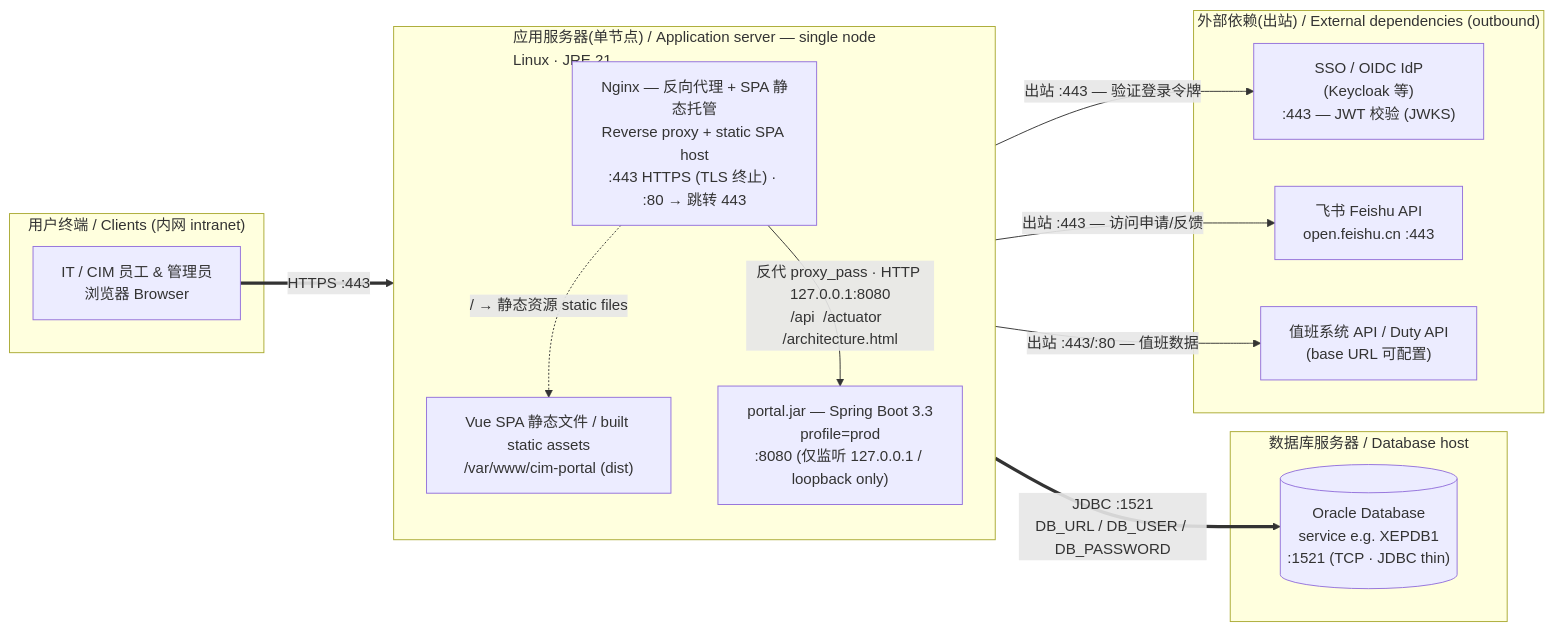
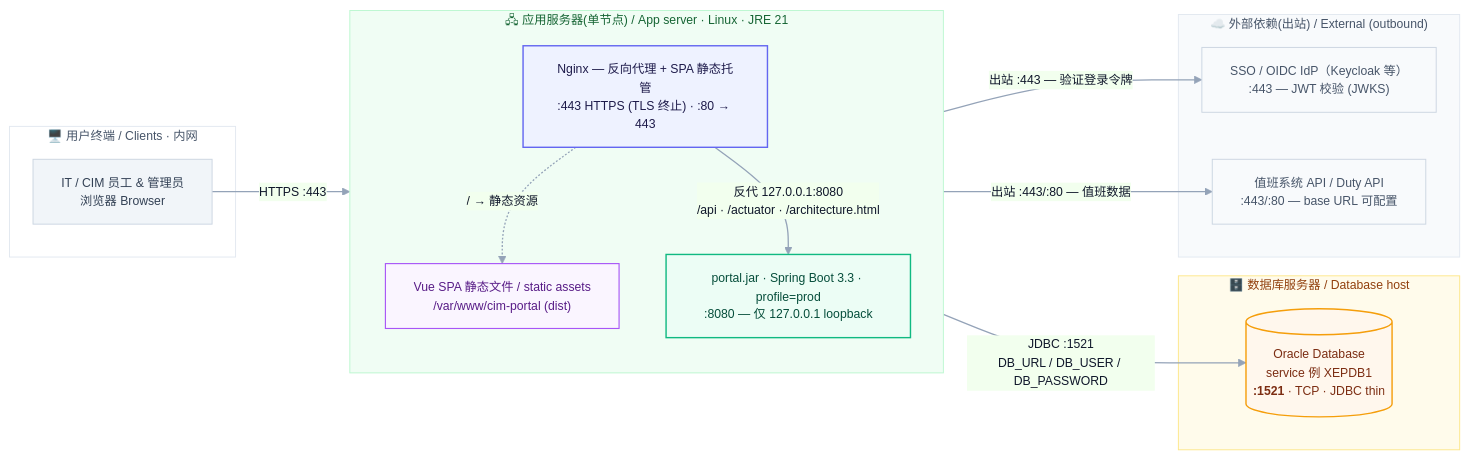
Before and after one commit to shaneworld/Cim-Portal-Server: the diagram in docs/deployment/cim-portal-deployment.md, drawn with Mermaid. The commit also changed other lines of this file and 3 other files, not shown here.

First line of the commit message:
docs(deploy): 部署图同步移除飞书外部依赖 + 现代化配色样式;迁移版本 V19→V20

````diff
--- a/docs/deployment/cim-portal-deployment.md
+++ b/docs/deployment/cim-portal-deployment.md
@@ -8,31 +8,53 @@
 ```mermaid
+%%{init: {'theme':'base','themeVariables':{
+  'fontFamily':'ui-sans-serif, system-ui, -apple-system, Segoe UI, Roboto, PingFang SC, Microsoft YaHei, sans-serif',
+  'fontSize':'13px','lineColor':'#94a3b8',
+  'primaryColor':'#eef2ff','primaryBorderColor':'#6366f1','primaryTextColor':'#0f172a',
+  'clusterBkg':'#f8fafc','clusterBorder':'#e2e8f0','tertiaryColor':'#ffffff'
+}}}%%
 flowchart LR
-    subgraph users["用户终端 / Clients (内网 intranet)"]
+    subgraph users["🖥️ 用户终端 / Clients · 内网"]
         U["IT / CIM 员工 & 管理员<br/>浏览器 Browser"]
     end
 
-    subgraph app["应用服务器(单节点) / Application server — single node<br/>Linux · JRE 21"]
+    subgraph app["🖧 应用服务器(单节点) / App server · Linux · JRE 21"]
         direction TB
-        NG["Nginx — 反向代理 + SPA 静态托管<br/>Reverse proxy + static SPA host<br/>:443 HTTPS (TLS 终止) · :80 → 跳转 443"]
-        SPA["Vue SPA 静态文件 / built static assets<br/>/var/www/cim-portal (dist)"]
-        BE["portal.jar — Spring Boot 3.3<br/>profile=prod<br/>:8080 (仅监听 127.0.0.1 / loopback only)"]
-        NG -.->|"/  →  静态资源 static files"| SPA
-        NG -->|"反代 proxy_pass · HTTP 127.0.0.1:8080<br/>/api  /actuator  /architecture.html"| BE
+        NG["Nginx — 反向代理 + SPA 静态托管<br/>:443 HTTPS (TLS 终止) · :80 → 443"]
+        SPA["Vue SPA 静态文件 / static assets<br/>/var/www/cim-portal (dist)"]
+        BE["portal.jar · Spring Boot 3.3 · profile=prod<br/>:8080 — 仅 127.0.0.1 loopback"]
+        NG -.->|"/  →  静态资源"| SPA
+        NG -->|"反代 127.0.0.1:8080<br/>/api · /actuator · /architecture.html"| BE
     end
 
-    subgraph dbhost["数据库服务器 / Database host"]
-        OR[("Oracle Database<br/>service e.g. XEPDB1<br/>:1521 (TCP · JDBC thin)")]
+    subgraph dbhost["🗄️ 数据库服务器 / Database host"]
+        OR[("Oracle Database<br/>service 例 XEPDB1<br/><b>:1521</b> · TCP · JDBC thin")]
     end
 
-    subgraph ext["外部依赖(出站) / External dependencies (outbound)"]
-        IDP["SSO / OIDC IdP<br/>(Keycloak 等)<br/>:443 — JWT 校验 (JWKS)"]
-        LARK["飞书 Feishu API<br/>open.feishu.cn :443"]
-        DUTY["值班系统 API / Duty API<br/>(base URL 可配置)"]
+    subgraph ext["☁️ 外部依赖(出站) / External (outbound)"]
+        IDP["SSO / OIDC IdP（Keycloak 等）<br/>:443 — JWT 校验 (JWKS)"]
+        DUTY["值班系统 API / Duty API<br/>:443/:80 — base URL 可配置"]
     end
 
     U ==>|"HTTPS :443"| NG
     BE ==>|"JDBC :1521<br/>DB_URL / DB_USER / DB_PASSWORD"| OR
     BE -->|"出站 :443 — 验证登录令牌"| IDP
-    BE -->|"出站 :443 — 访问申请/反馈"| LARK
     BE -->|"出站 :443/:80 — 值班数据"| DUTY
+
+    classDef client fill:#f1f5f9,stroke:#cbd5e1,stroke-width:1px,color:#334155;
+    classDef web fill:#eef2ff,stroke:#6366f1,stroke-width:1.5px,color:#1e1b4b;
+    classDef spa fill:#faf5ff,stroke:#a855f7,stroke-width:1.2px,color:#581c87;
+    classDef app fill:#ecfdf5,stroke:#10b981,stroke-width:1.5px,color:#064e3b;
+    classDef db fill:#fff7ed,stroke:#f59e0b,stroke-width:1.5px,color:#7c2d12;
+    classDef extn fill:#f8fafc,stroke:#cbd5e1,stroke-width:1px,color:#475569;
+    class U client;
+    class NG web;
+    class SPA spa;
+    class BE app;
+    class OR db;
+    class IDP,DUTY extn;
+    style users fill:#ffffff,stroke:#e2e8f0,color:#475569;
+    style app fill:#f0fdf4,stroke:#bbf7d0,color:#166534;
+    style dbhost fill:#fffbeb,stroke:#fde68a,color:#92400e;
+    style ext fill:#f8fafc,stroke:#e2e8f0,color:#475569;
+    linkStyle default stroke:#94a3b8,stroke-width:1.4px;
 ```
````
